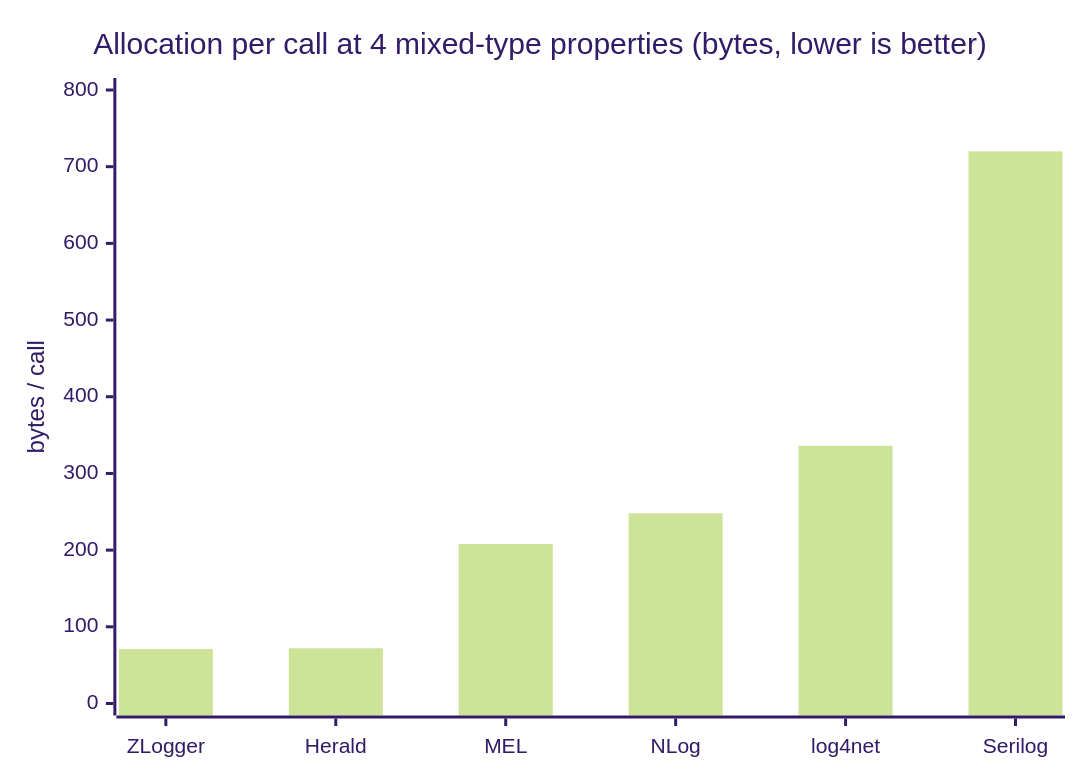
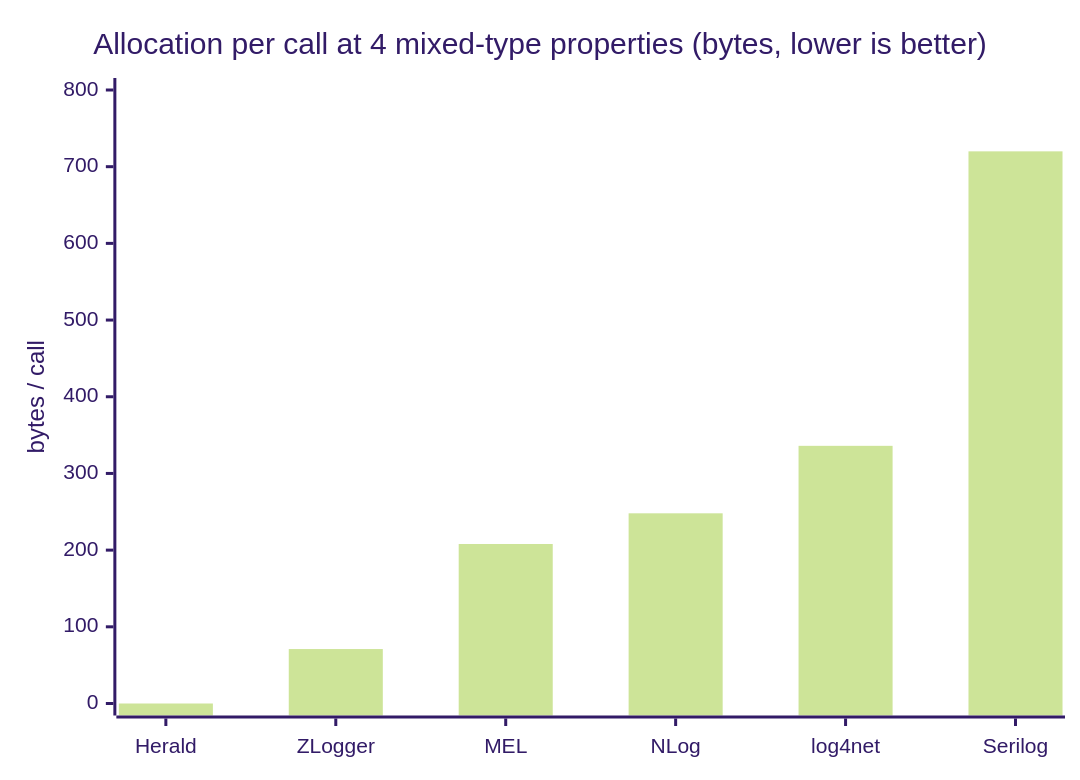
The second of 5 diagrams in docs/benchmarks/consolidated-benchmarks.md (mmpworks/Herald.OSS), drawn with Mermaid (forest theme) before and after one commit. The commit also changed other lines of this file and 34 other files, not shown here.

````diff
--- a/docs/benchmarks/consolidated-benchmarks.md
+++ b/docs/benchmarks/consolidated-benchmarks.md
@@ -51,7 +51,7 @@
 ```mermaid
 xychart-beta
     title "Allocation per call at 4 mixed-type properties (bytes, lower is better)"
-    x-axis ["ZLogger", "Herald", "MEL", "NLog", "log4net", "Serilog"]
+    x-axis ["Herald", "ZLogger", "MEL", "NLog", "log4net", "Serilog"]
     y-axis "bytes / call" 0 --> 800
-    bar [71, 72, 208, 248, 336, 720]
+    bar [0, 71, 208, 248, 336, 720]
 ```
````
